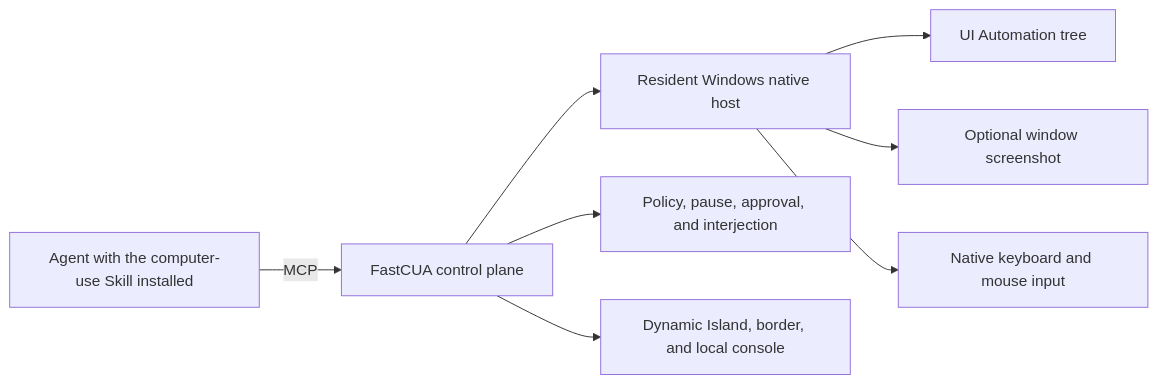
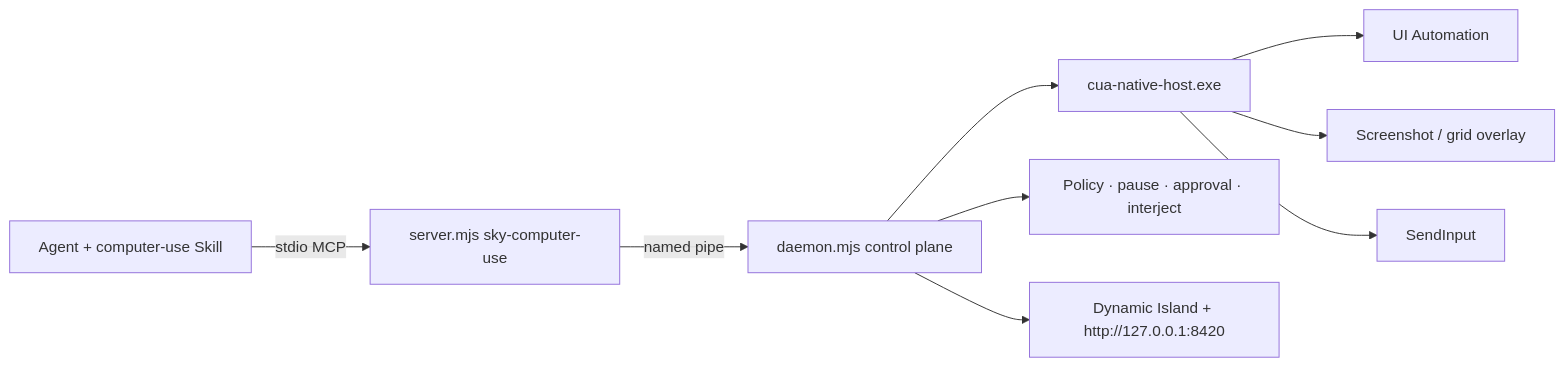
The diagram in README.md (Guojiz/FastCUA), drawn with Mermaid before and after one commit. The commit also changed other lines of this file and 22 other files, not shown here.

````diff
--- a/README.md
+++ b/README.md
@@ -119,10 +73,11 @@
 ```mermaid
 flowchart LR
-  A["Agent with the computer-use Skill installed"] -->|"MCP"| B["FastCUA control plane"]
-  B --> C["Resident Windows native host"]
-  C --> D["UI Automation tree"]
-  C --> E["Optional window screenshot"]
-  C --> F["Native keyboard and mouse input"]
-  B --> G["Policy, pause, approval, and interjection"]
-  B --> H["Dynamic Island, border, and local console"]
+  A["Agent + computer-use Skill"] -->|"stdio MCP"| B["server.mjs sky-computer-use"]
+  B -->|"named pipe"| C["daemon.mjs control plane"]
+  C --> D["cua-native-host.exe"]
+  D --> E["UI Automation"]
+  D --> F["Screenshot / grid overlay"]
+  D --> G["SendInput"]
+  C --> H["Policy · pause · approval · interject"]
+  C --> I["Dynamic Island + http://127.0.0.1:8420"]
 ```
````
